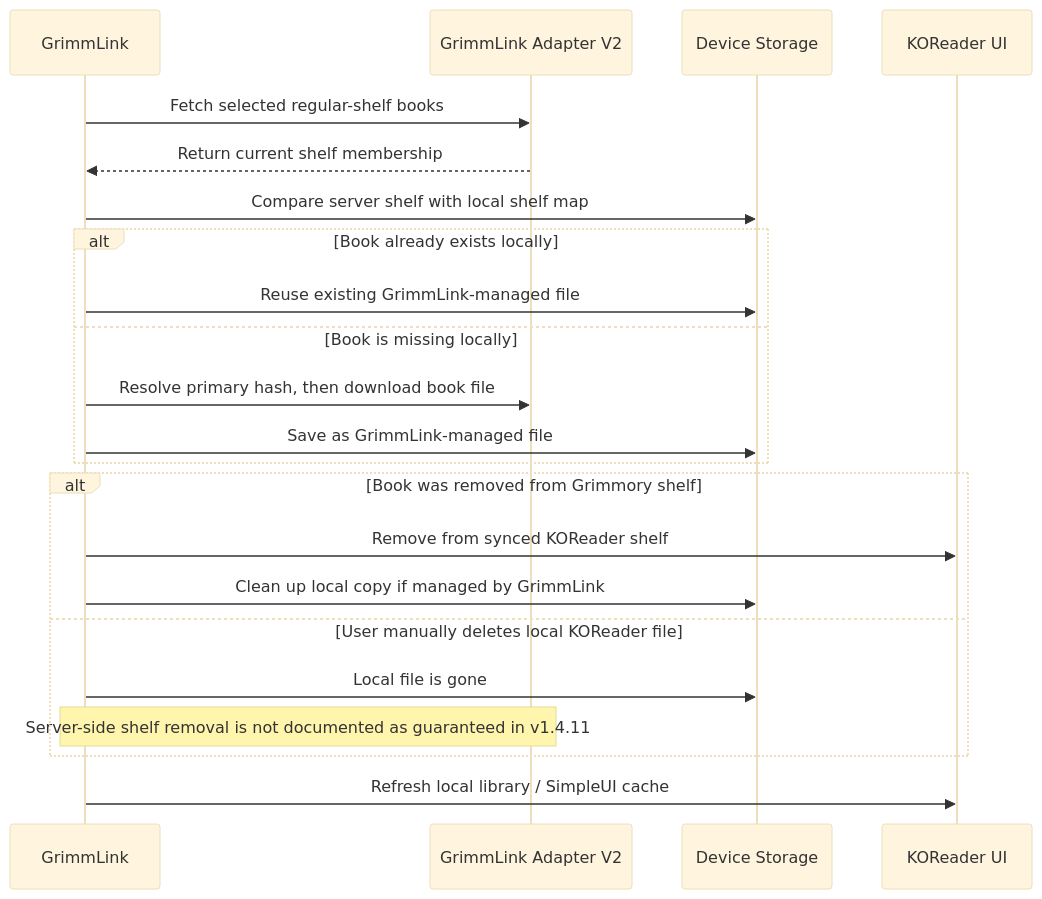
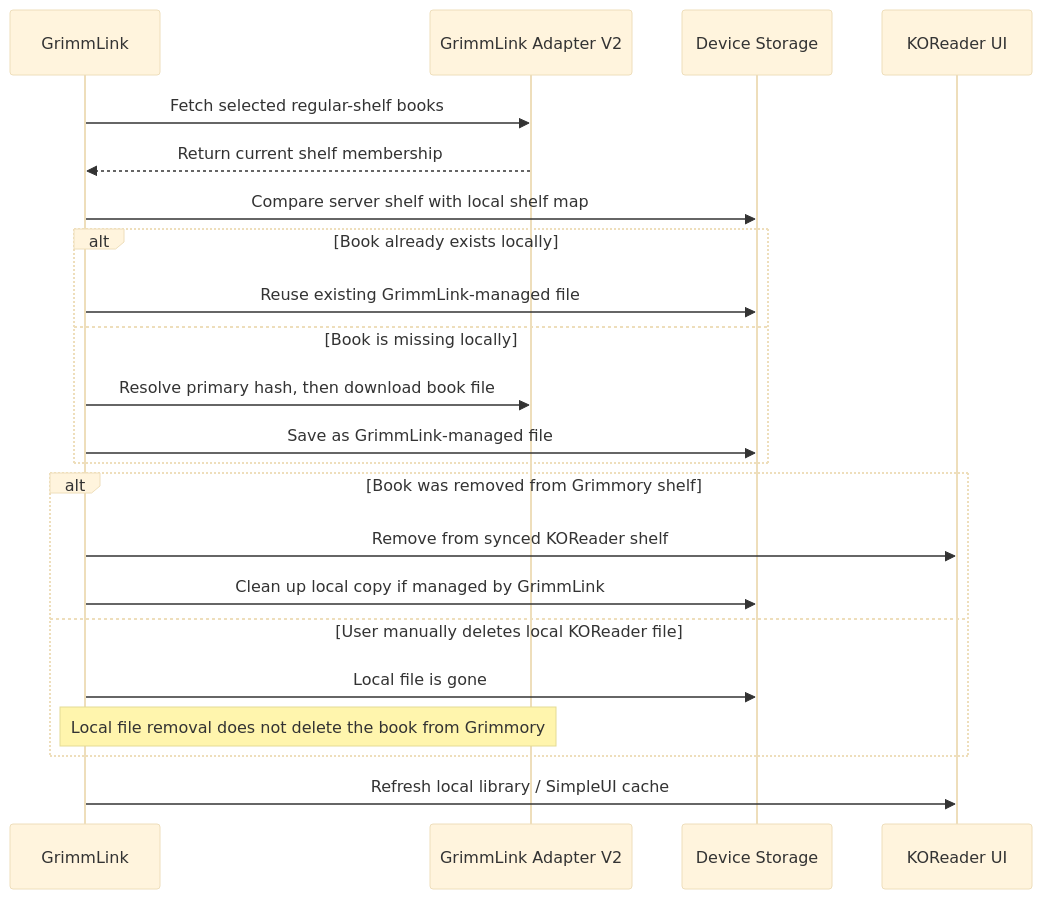
The third of 3 diagrams in README.md (0xstillb/GrimmLink), drawn with Mermaid (base theme) before and after one commit. The commit also changed other lines of this file, not shown here.

Commit message:
docs: clarify upstream Grimmory and adapter setup

````diff
--- a/README.md
+++ b/README.md
@@ -358,28 +364,28 @@
 ```mermaid
 sequenceDiagram
     participant G as GrimmLink
     participant S as GrimmLink Adapter V2
     participant D as Device Storage
     participant U as KOReader UI
 
     G->>S: Fetch selected regular-shelf books
     S-->>G: Return current shelf membership
     G->>D: Compare server shelf with local shelf map
 
     alt Book already exists locally
         G->>D: Reuse existing GrimmLink-managed file
     else Book is missing locally
         G->>S: Resolve primary hash, then download book file
         G->>D: Save as GrimmLink-managed file
     end
 
     alt Book was removed from Grimmory shelf
         G->>U: Remove from synced KOReader shelf
         G->>D: Clean up local copy if managed by GrimmLink
     else User manually deletes local KOReader file
         G->>D: Local file is gone
-        Note over G,S: Server-side shelf removal is not documented as guaranteed in v1.4.11
+        Note over G,S: Local file removal does not delete the book from Grimmory
     end
 
     G->>U: Refresh local library / SimpleUI cache
 ```
````
